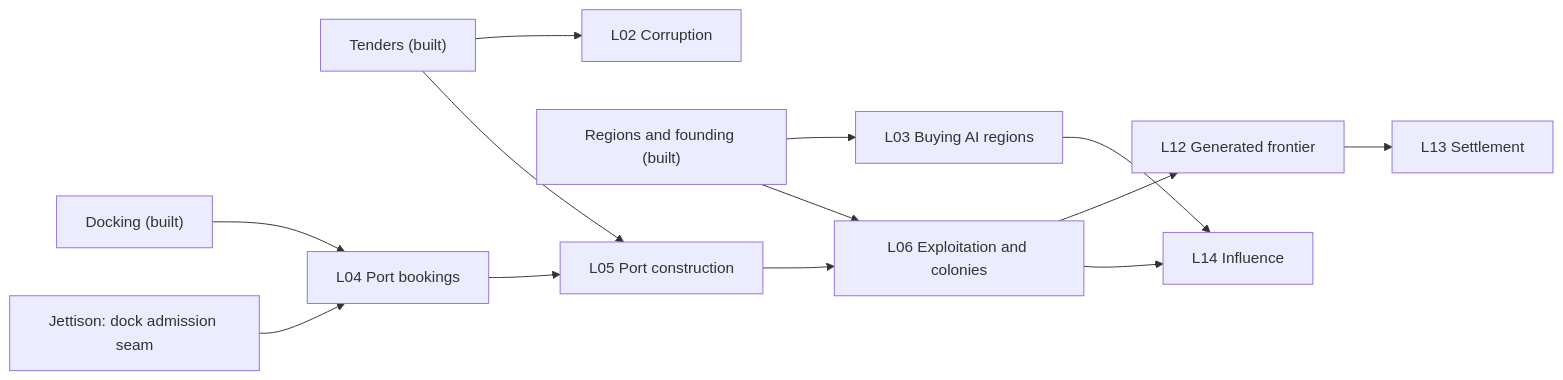
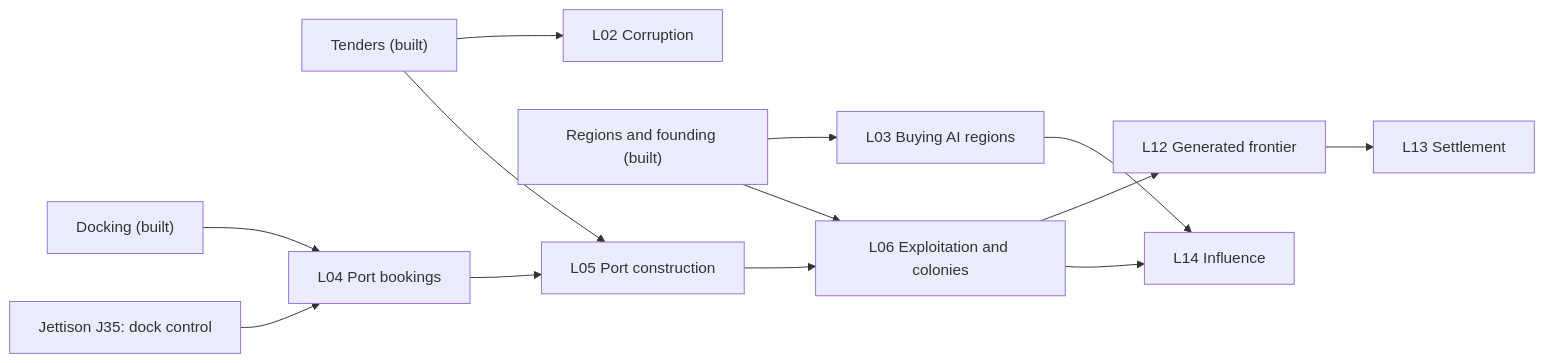
One commit to ivanhawkes/manifest changed the first of 3 diagrams in docs/planetary-development-plan.md. Above: the diagram before and after it, drawn with Mermaid. The commit also changed other lines of this file and 31 other files, not shown here.

````diff
--- a/docs/planetary-development-plan.md
+++ b/docs/planetary-development-plan.md
@@ -63,15 +63,15 @@
 ```mermaid
 flowchart LR
   W12["Tenders (built)"] --> L02["L02 Corruption"]
   W13["Regions and founding (built)"] --> L03["L03 Buying AI regions"]
   W05["Docking (built)"] --> L04["L04 Port bookings"]
-  J["Jettison: dock admission seam"] --> L04
+  J["Jettison J35: dock control"] --> L04
   L04 --> L05["L05 Port construction"]
   W12 --> L05
   L05 --> L06["L06 Exploitation and colonies"]
   W13 --> L06
   L06 --> L12["L12 Generated frontier"]
   L12 --> L13["L13 Settlement"]
   L03 --> L14["L14 Influence"]
   L06 --> L14
 ```
````
